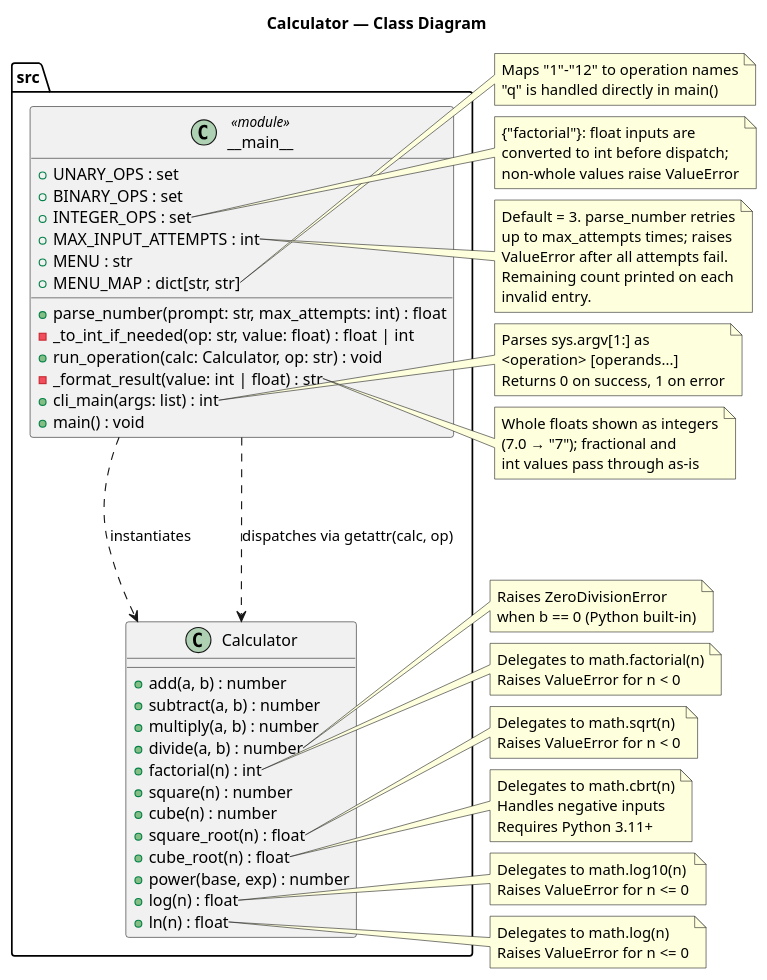
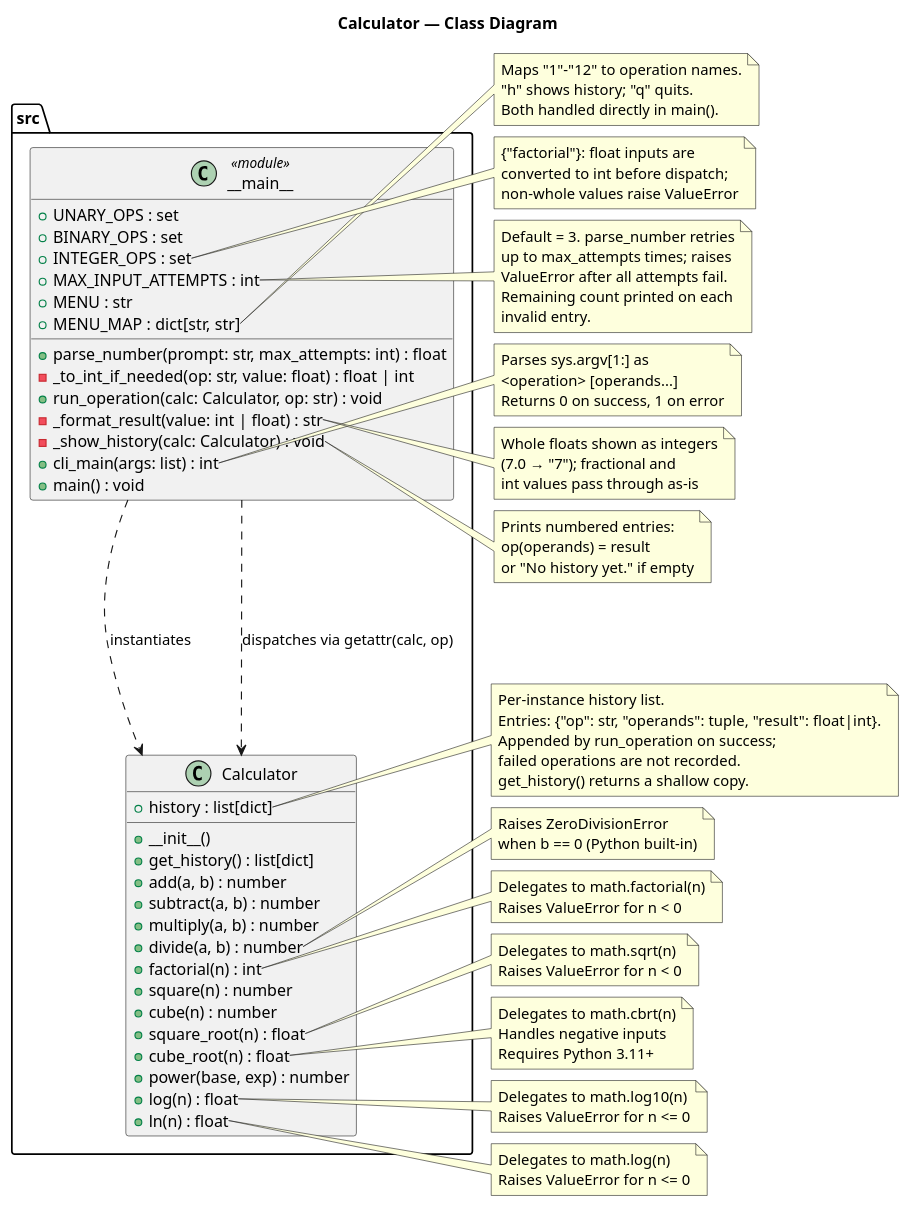
The diagram in artifacts/class_diagram.puml (DanielRiha8906/Calculator_bachelor_autoevolution), drawn with PlantUML before and after one commit. The commit also changed 3 other files, not shown here.

Commit message:
chore: update PlantUML diagrams

```diff
--- a/artifacts/class_diagram.puml
+++ b/artifacts/class_diagram.puml
@@ -1,102 +1,121 @@
 @startuml class_diagram
 
 title Calculator — Class Diagram
 
 package "src" {
     class Calculator {
+        +history : list[dict]
+        +__init__()
+        +get_history() : list[dict]
         +add(a, b) : number
         +subtract(a, b) : number
         +multiply(a, b) : number
         +divide(a, b) : number
         +factorial(n) : int
         +square(n) : number
         +cube(n) : number
         +square_root(n) : float
         +cube_root(n) : float
         +power(base, exp) : number
         +log(n) : float
         +ln(n) : float
     }
 
     class "__main__" as Main <<module>> {
         +UNARY_OPS : set
         +BINARY_OPS : set
         +INTEGER_OPS : set
         +MAX_INPUT_ATTEMPTS : int
         +MENU : str
         +MENU_MAP : dict[str, str]
         +parse_number(prompt: str, max_attempts: int) : float
         -_to_int_if_needed(op: str, value: float) : float | int
         +run_operation(calc: Calculator, op: str) : void
         -_format_result(value: int | float) : str
+        -_show_history(calc: Calculator) : void
         +cli_main(args: list) : int
         +main() : void
     }
 }
 
 Main ..> Calculator : instantiates
 Main ..> Calculator : dispatches via getattr(calc, op)
+
+note right of Calculator::history
+  Per-instance history list.
+  Entries: {"op": str, "operands": tuple, "result": float|int}.
+  Appended by run_operation on success;
+  failed operations are not recorded.
+  get_history() returns a shallow copy.
+end note
 
 note right of Calculator::divide
   Raises ZeroDivisionError
   when b == 0 (Python built-in)
 end note
 
 note right of Calculator::factorial
   Delegates to math.factorial(n)
   Raises ValueError for n < 0
 end note
 
 note right of Calculator::square_root
   Delegates to math.sqrt(n)
   Raises ValueError for n < 0
 end note
 
 note right of Calculator::cube_root
   Delegates to math.cbrt(n)
   Handles negative inputs
   Requires Python 3.11+
 end note
 
 note right of Calculator::log
   Delegates to math.log10(n)
   Raises ValueError for n <= 0
 end note
 
 note right of Calculator::ln
   Delegates to math.log(n)
   Raises ValueError for n <= 0
 end note
 
 note left of Main::MENU_MAP
-  Maps "1"–"12" to operation names
-  "q" is handled directly in main()
+  Maps "1"–"12" to operation names.
+  "h" shows history; "q" quits.
+  Both handled directly in main().
 end note
 
 note left of Main::INTEGER_OPS
   {"factorial"}: float inputs are
   converted to int before dispatch;
   non-whole values raise ValueError
 end note
 
 note left of Main::MAX_INPUT_ATTEMPTS
   Default = 3. parse_number retries
   up to max_attempts times; raises
   ValueError after all attempts fail.
   Remaining count printed on each
   invalid entry.
 end note
 
 note left of Main::cli_main
   Parses sys.argv[1:] as
   <operation> [operands...]
   Returns 0 on success, 1 on error
 end note
 
 note left of Main::_format_result
   Whole floats shown as integers
   (7.0 → "7"); fractional and
   int values pass through as-is
 end note
 
+note left of Main::_show_history
+  Prints numbered entries:
+  op(operands) = result
+  or "No history yet." if empty
+end note
+
 @enduml
```
